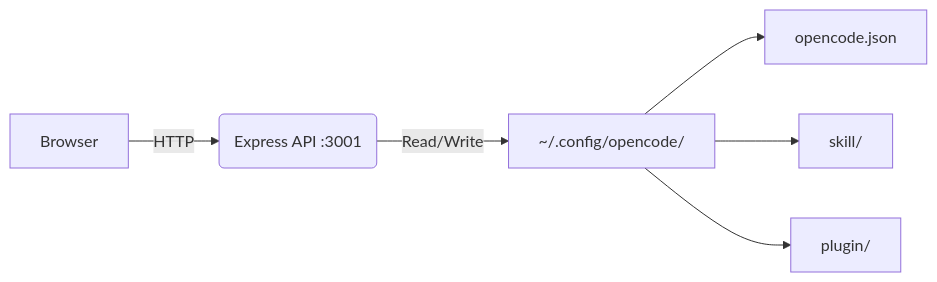
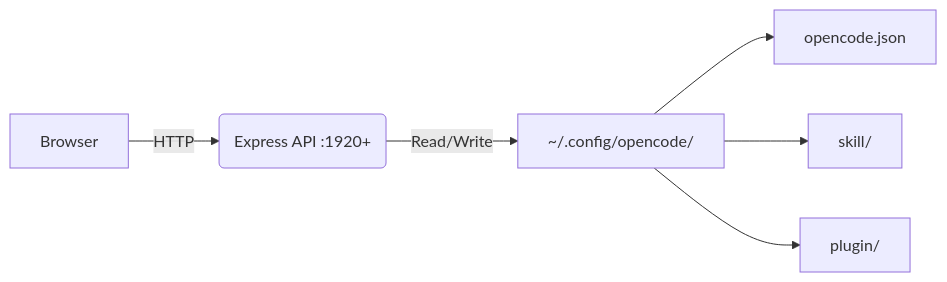
The diagram in README.md (Microck/opencode-studio), drawn with Mermaid before and after one commit. The commit also changed other lines of this file and 8 other files, not shown here.

````diff
--- a/README.md
+++ b/README.md
@@ -68,8 +68,8 @@
 ```mermaid
 flowchart LR
-    A[Browser] -->|HTTP| B(Express API :3001)
+    A[Browser] -->|HTTP| B(Express API :1920+)
     B -->|Read/Write| C[~/.config/opencode/]
     C --> D[opencode.json]
     C --> E[skill/]
     C --> F[plugin/]
 ```
````
